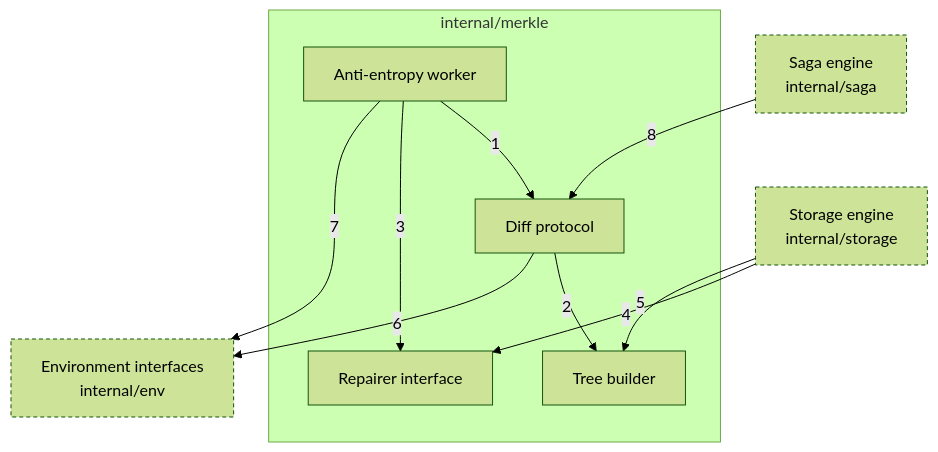
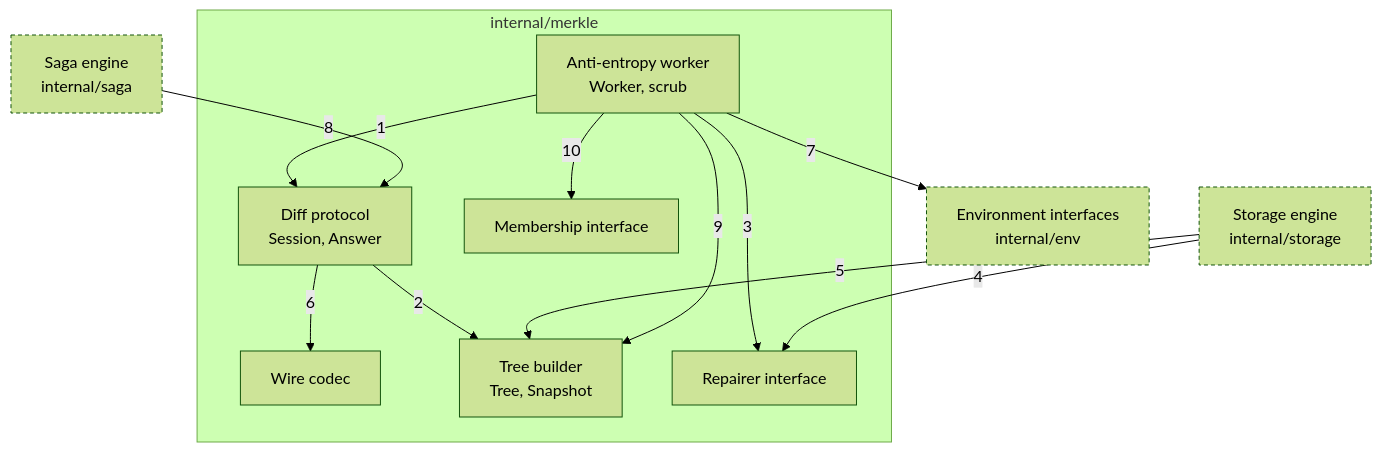
The diagram in docs/c4/06-component-merkle.md (nickstrad/decentralized-object-store), drawn with Mermaid (forest theme) before and after one commit. The commit also changed other lines of this file and 8 other files, not shown here.

````diff
--- a/docs/c4/06-component-merkle.md
+++ b/docs/c4/06-component-merkle.md
@@ -9,22 +8,26 @@
 ```mermaid
 flowchart TB
   SAGA["Saga engine<br/>internal/saga"]
   STORAGE["Storage engine<br/>internal/storage"]
   subgraph MERKLE["internal/merkle"]
-    WORKER["Anti-entropy worker"]
-    DIFF["Diff protocol"]
-    TREE["Tree builder"]
+    WORKER["Anti-entropy worker<br/>Worker, scrub"]
+    DIFF["Diff protocol<br/>Session, Answer"]
+    WIRE["Wire codec"]
+    TREE["Tree builder<br/>Tree, Snapshot"]
     REPAIRER["Repairer interface"]
+    MEMBERSHIP["Membership interface"]
   end
   ENV["Environment interfaces<br/>internal/env"]
   WORKER -->|1| DIFF
   DIFF -->|2| TREE
   WORKER -->|3| REPAIRER
   STORAGE -->|4| REPAIRER
   STORAGE -->|5| TREE
-  DIFF -->|6| ENV
+  DIFF -->|6| WIRE
   WORKER -->|7| ENV
   SAGA -->|8| DIFF
+  WORKER -->|9| TREE
+  WORKER -->|10| MEMBERSHIP
   classDef ext stroke-dasharray:4 3
   class SAGA,STORAGE,ENV ext
 ```
````
